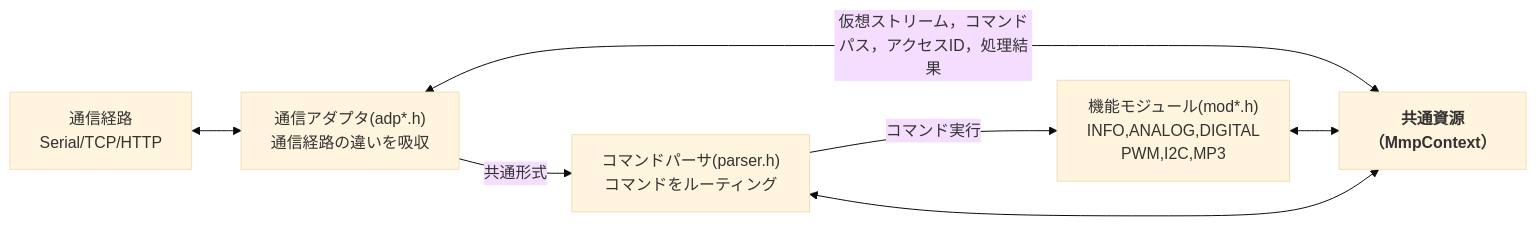
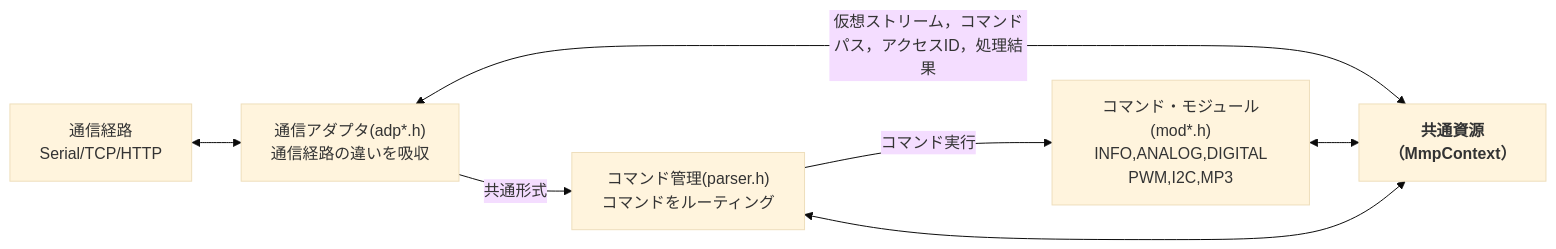
The third of 4 diagrams in ファームウェア/ファームウェア/mmp/doc/README.MD (kureha001/MMP), drawn with Mermaid (base theme) before and after one commit. The commit also changed other lines of this file and 16 other files, not shown here.

````diff
--- a/ファームウェア/ファームウェア/mmp/doc/README.MD
+++ b/ファームウェア/ファームウェア/mmp/doc/README.MD
@@ -119,15 +127,15 @@
 ```mermaid
 flowchart LR
     A["通信経路<br/>Serial/TCP/HTTP"]
     B["通信アダプタ(adp*.h)<br/>通信経路の違いを吸収"]
     C["<b>共通資源<br/>（MmpContext）<b/>"]
-    D["コマンドパーサ(parser.h)<br/>コマンドをルーティング"]
-    E["機能モジュール(mod*.h)<br/>INFO,ANALOG,DIGITAL<br/>PWM,I2C,MP3"]
+    D["コマンド管理(parser.h)<br/>コマンドをルーティング"]
+    E["コマンド・モジュール(mod*.h)<br/>INFO,ANALOG,DIGITAL<br/>PWM,I2C,MP3"]
 
     A <--> B
     B -->|"共通形式"| D
     B <-->|"仮想ストリーム，コマンドパス，アクセスID，処理結果"| C
     C <--> D
     D -->|"コマンド実行"| E
     E <--> C
 ```
````
